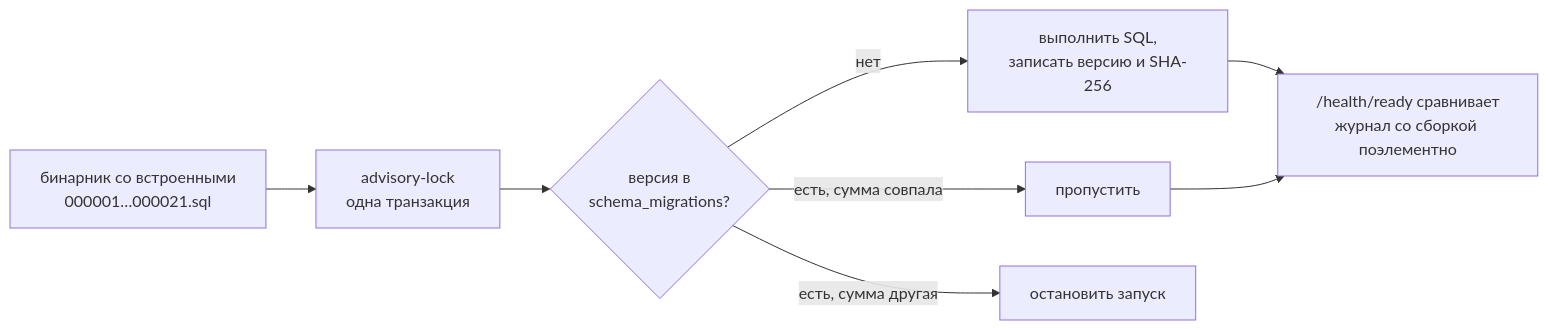
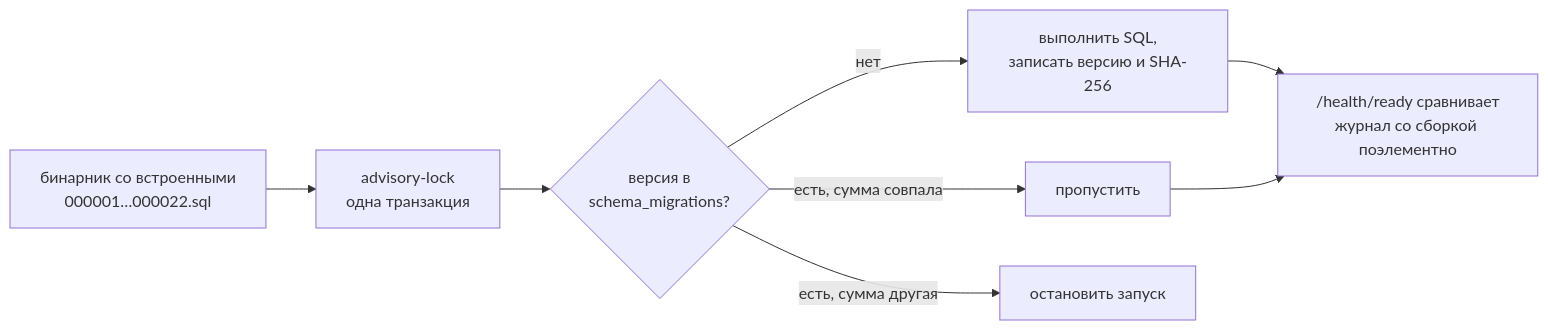
One commit to AleksandrKisler/lidradar changed the third of 3 diagrams in docs/notion/06 Модель данных.md. Above: the diagram before and after it, drawn with Mermaid. The commit also changed other lines of this file and 67 other files, not shown here.

````diff
--- a/docs/notion/06 Модель данных.md
+++ b/docs/notion/06 Модель данных.md
@@ -154,10 +155,10 @@
 ```mermaid
 flowchart LR
-  B["бинарник со встроенными<br/>000001…000021.sql"] --> L["advisory-lock<br/>одна транзакция"]
+  B["бинарник со встроенными<br/>000001…000022.sql"] --> L["advisory-lock<br/>одна транзакция"]
   L --> C{"версия в<br/>schema_migrations?"}
   C -->|нет| Apply["выполнить SQL,<br/>записать версию и SHA-256"]
   C -->|есть, сумма совпала| Skip["пропустить"]
   C -->|есть, сумма другая| Stop["остановить запуск"]
   Apply --> Ready["/health/ready сравнивает<br/>журнал со сборкой поэлементно"]
   Skip --> Ready
 ```
````
